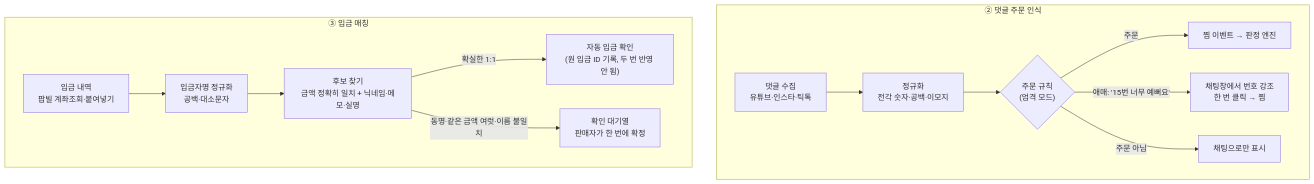
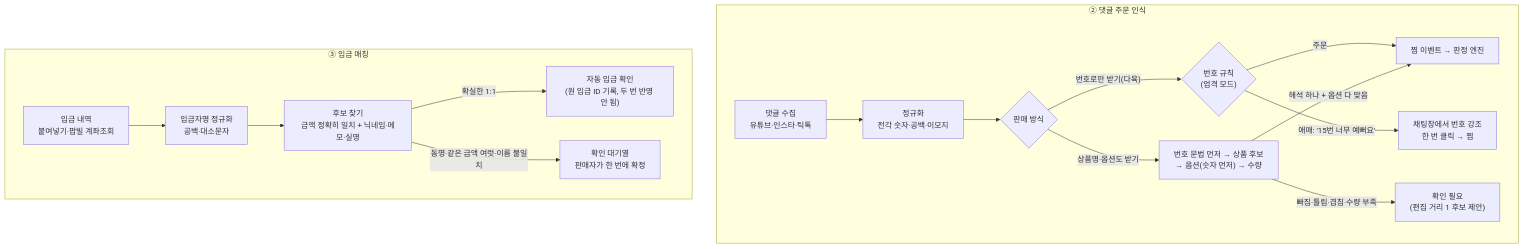
Before and after one commit to rlaehddus302/linve-genie: the eighth of 11 diagrams in docs/PLANNING.md, drawn with Mermaid. The commit also changed other lines of this file and 3 other files, not shown here.

````diff
--- a/docs/PLANNING.md
+++ b/docs/PLANNING.md
@@ -473,16 +564,19 @@
 ```mermaid
 flowchart TB
     subgraph CH["② 댓글 주문 인식"]
         C1["댓글 수집<br/>유튜브·인스타·틱톡"] --> C2["정규화<br/>전각 숫자·공백·이모지"]
-        C2 --> C3{"주문 규칙<br/>(엄격 모드)"}
-        C3 -->|"주문"| C4["찜 이벤트 → 판정 엔진"]
-        C3 -->|"애매: '15번 너무 예뻐요'"| C5["채팅창에서 번호 강조<br/>한 번 클릭 → 찜"]
-        C3 -->|"주문 아님"| C6["채팅으로만 표시"]
+        C2 --> C3{"판매 방식"}
+        C3 -->|"번호로만 받기(다육)"| C4{"번호 규칙<br/>(엄격 모드)"}
+        C4 -->|"주문"| C9["찜 이벤트 → 판정 엔진"]
+        C4 -->|"애매: '15번 너무 예뻐요'"| C5["채팅창에서 번호 강조<br/>한 번 클릭 → 찜"]
+        C3 -->|"상품명·옵션도 받기"| C6["번호 문법 먼저 → 상품 후보<br/>→ 옵션(숫자 먼저) → 수량"]
+        C6 -->|"해석 하나 + 옵션 다 맞음"| C9
+        C6 -->|"빠짐·틀림·겹침·수량 부족"| C7["확인 필요<br/>(편집 거리 1 후보 제안)"]
     end
     subgraph DP["③ 입금 매칭"]
-        D1["입금 내역<br/>팝빌 계좌조회·붙여넣기"] --> D2["입금자명 정규화<br/>공백·대소문자"]
+        D1["입금 내역<br/>붙여넣기·팝빌 계좌조회"] --> D2["입금자명 정규화<br/>공백·대소문자"]
         D2 --> D3["후보 찾기<br/>금액 정확히 일치 + 닉네임·메모·실명"]
         D3 -->|"확실한 1:1"| D4["자동 입금 확인<br/>(원 입금 ID 기록, 두 번 반영 안 됨)"]
         D3 -->|"동명·같은 금액 여럿·이름 불일치"| D5["확인 대기열<br/>판매자가 한 번에 확정"]
     end
 ```
````
